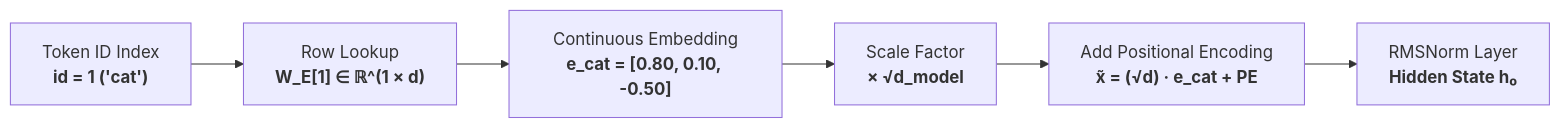
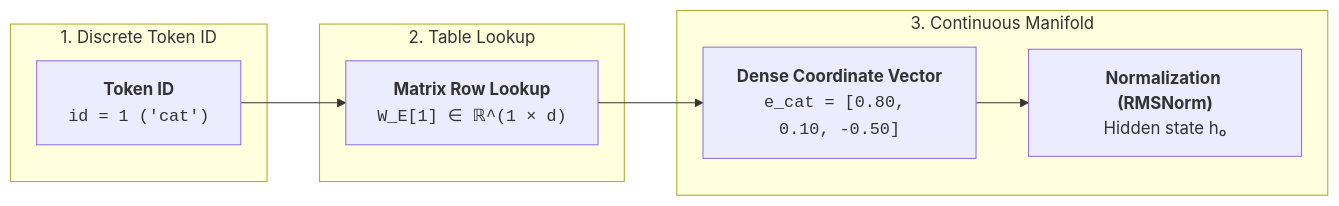
Before and after one commit to shotsan/llmnerd: the diagram in content/foundations/embeddings.md, drawn with Mermaid. The commit also changed other lines of this file and 5 other files, not shown here.

````diff
--- a/content/foundations/embeddings.md
+++ b/content/foundations/embeddings.md
@@ -28,8 +28,17 @@
 ```mermaid
 flowchart LR
-    ID["Token ID Index<br/><b>id = 1 ('cat')</b>"] --> Slice["Row Lookup<br/><b>W_E[1] ∈ ℝ^(1 × d)</b>"]
-    Slice --> Vec["Continuous Embedding<br/><b>e_cat = [0.80, 0.10, -0.50]</b>"]
-    Vec --> Scale["Scale Factor<br/><b>× √d_model</b>"]
-    Scale --> Add["Add Positional Encoding<br/><b>x̃ = (√d) · e_cat + PE</b>"]
-    Add --> Norm["RMSNorm Layer<br/><b>Hidden State h₀</b>"]
+    subgraph S1["1. Discrete Token ID"]
+        ID["<b>Token ID</b><br/><code>id = 1 ('cat')</code>"]
+    end
+
+    subgraph S2["2. Table Lookup"]
+        Slice["<b>Matrix Row Lookup</b><br/><code>W_E[1] ∈ ℝ^(1 × d)</code>"]
+    end
+
+    subgraph S3["3. Continuous Manifold"]
+        Vec["<b>Dense Coordinate Vector</b><br/><code>e_cat = [0.80, 0.10, -0.50]</code>"]
+        --> Norm["<b>Normalization (RMSNorm)</b><br/>Hidden state h₀"]
+    end
+
+    ID --> Slice --> Vec
 ```
````
